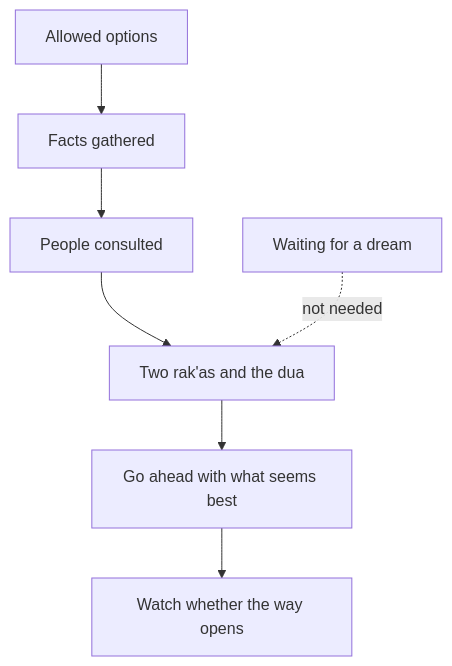
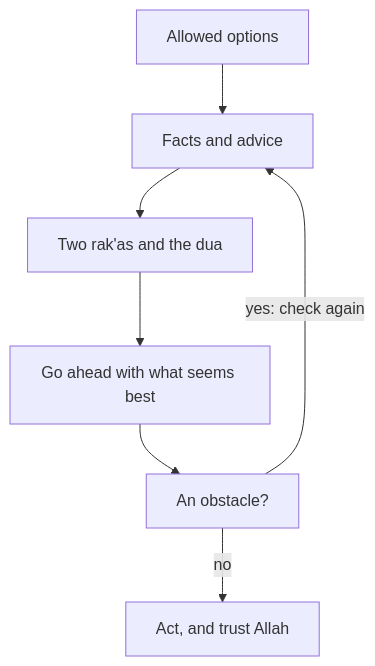
One commit to Muhammad-AnasKhan/Buildment changed the diagram in content/import/faith-and-resilience/05-deciding-when-the-outcome-is-unclear/05.04-istikhara.md. Above: the diagram before and after it, drawn with Mermaid. The commit also changed other lines of this file and 23 other files, not shown here.

````diff
--- a/content/import/faith-and-resilience/05-deciding-when-the-outcome-is-unclear/05.04-istikhara.md
+++ b/content/import/faith-and-resilience/05-deciding-when-the-outcome-is-unclear/05.04-istikhara.md
@@ -91,9 +89,9 @@
 ```mermaid
 flowchart TD
-  A["Allowed options"] --> B["Facts gathered"]
-  B --> C["People consulted"]
-  C --> D["Two rak'as and the dua"]
-  D --> E["Go ahead with what seems best"]
-  E --> F["Watch whether the way opens"]
-  G["Waiting for a dream"] -.->|"not needed"| D
+  A["Allowed options"] --> B["Facts and advice"]
+  B --> C["Two rak'as and the dua"]
+  C --> D["Go ahead with what seems best"]
+  D --> E["An obstacle?"]
+  E -->|"yes: check again"| B
+  E -->|"no"| F["Act, and trust Allah"]
 ```
````
